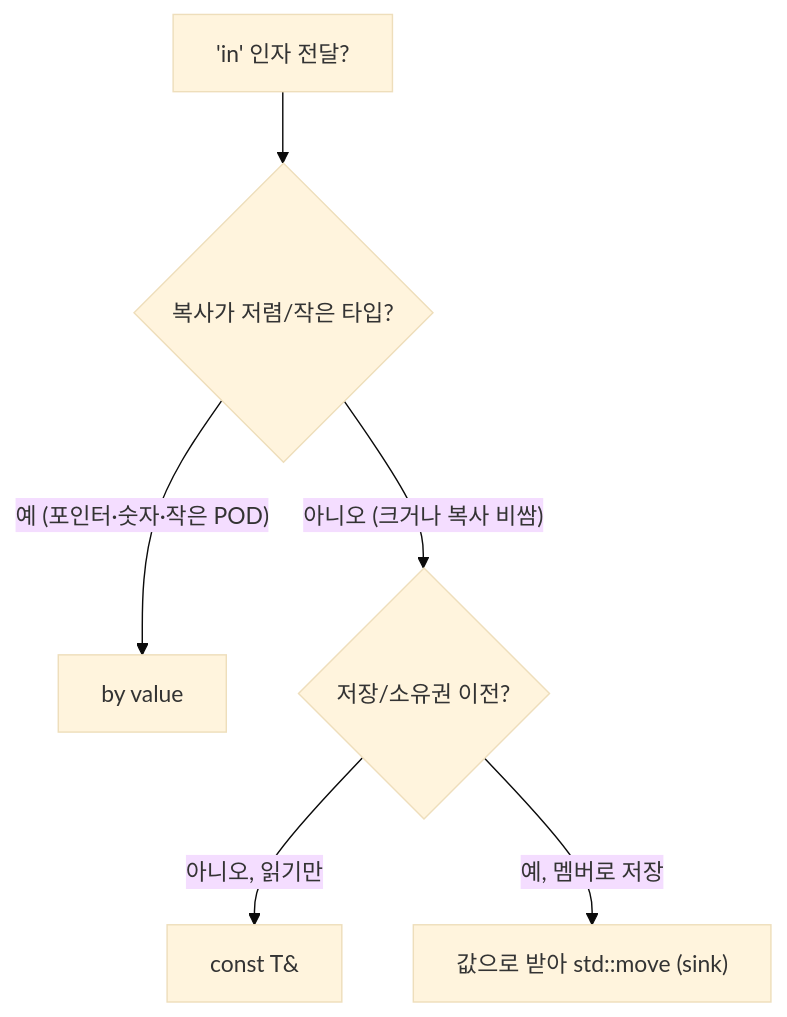
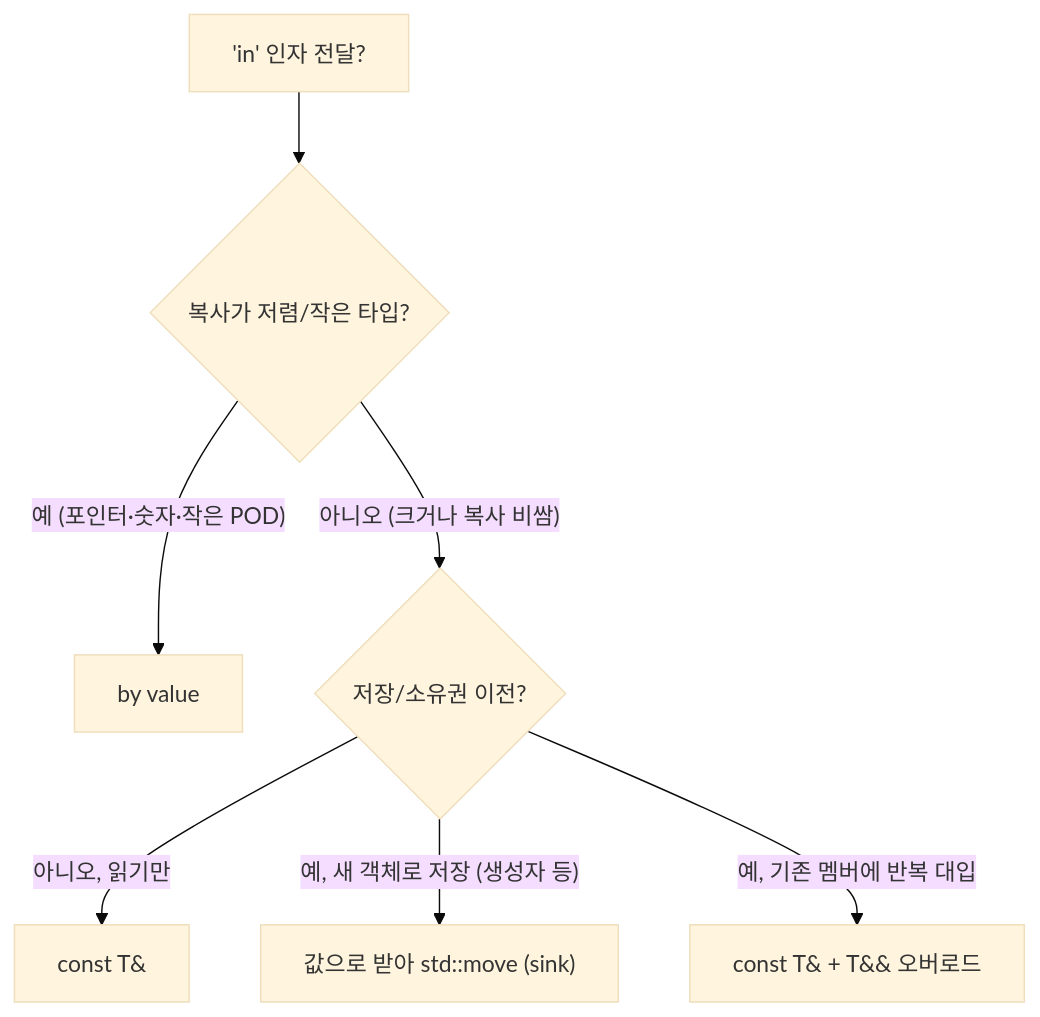
One commit to 42jerrykim/42jerrykim.github.io changed the diagram in content/collection/optimization-02-cpp-language/17-parameter-passing/index.md. Above: the diagram before and after it, drawn with Mermaid (base theme). The commit also changed other lines of this file and 1 other file, not shown here.

````diff
--- a/content/collection/optimization-02-cpp-language/17-parameter-passing/index.md
+++ b/content/collection/optimization-02-cpp-language/17-parameter-passing/index.md
@@ -217,8 +200,9 @@
 ```mermaid
 flowchart TD
     Arg["'in' 인자 전달?"] --> Q1{"복사가 저렴/작은 타입?"}
     Q1 -->|"예 (포인터·숫자·작은 POD)"| Val["by value"]
     Q1 -->|"아니오 (크거나 복사 비쌈)"| Q2{"저장/소유권 이전?"}
     Q2 -->|"아니오, 읽기만"| Cref["const T&"]
-    Q2 -->|"예, 멤버로 저장"| Sink["값으로 받아 std::move (sink)"]
+    Q2 -->|"예, 새 객체로 저장 (생성자 등)"| Sink["값으로 받아 std::move (sink)"]
+    Q2 -->|"예, 기존 멤버에 반복 대입"| Ovl["const T& + T&& 오버로드"]
 ```
````
